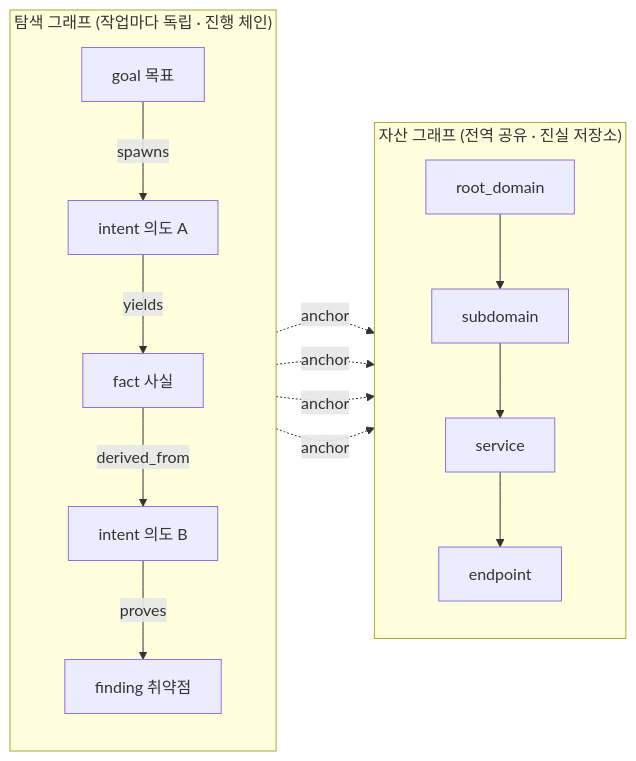
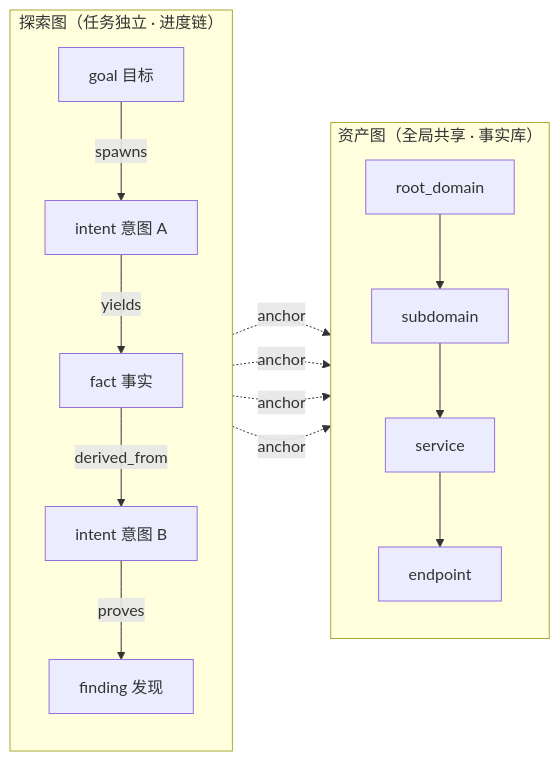
Before and after one commit to j5tv9nfzhn-hue/ARTEX-HYDRA: the second of 5 diagrams in README.md, drawn with Mermaid. The commit also changed other lines of this file and 279 other files, not shown here.

````diff
--- a/README.md
+++ b/README.md
@@ -247,27 +223,27 @@
 ```mermaid
 flowchart LR
-  subgraph EG["탐색 그래프 (작업마다 독립 · 진행 체인)"]
+  subgraph EG["探索图（任务独立 · 进度链）"]
     direction TB
-    G["goal 목표"]
-    I1["intent 의도 A"]
-    F1["fact 사실"]
-    I2["intent 의도 B"]
-    FD["finding 취약점"]
+    G["goal 目标"]
+    I1["intent 意图 A"]
+    F1["fact 事实"]
+    I2["intent 意图 B"]
+    FD["finding 发现"]
     G -->|spawns| I1
     I1 -->|yields| F1
     F1 -->|derived_from| I2
     I2 -->|proves| FD
   end
-  subgraph AG["자산 그래프 (전역 공유 · 진실 저장소)"]
+  subgraph AG["资产图（全局共享 · 事实库）"]
     direction TB
     RD["root_domain"]
     SD["subdomain"]
     SV["service"]
     EP["endpoint"]
     RD --> SD --> SV --> EP
   end
   I1 -. anchor .-> SD
   F1 -. anchor .-> SV
   I2 -. anchor .-> EP
   FD -. anchor .-> EP
 ```
````
